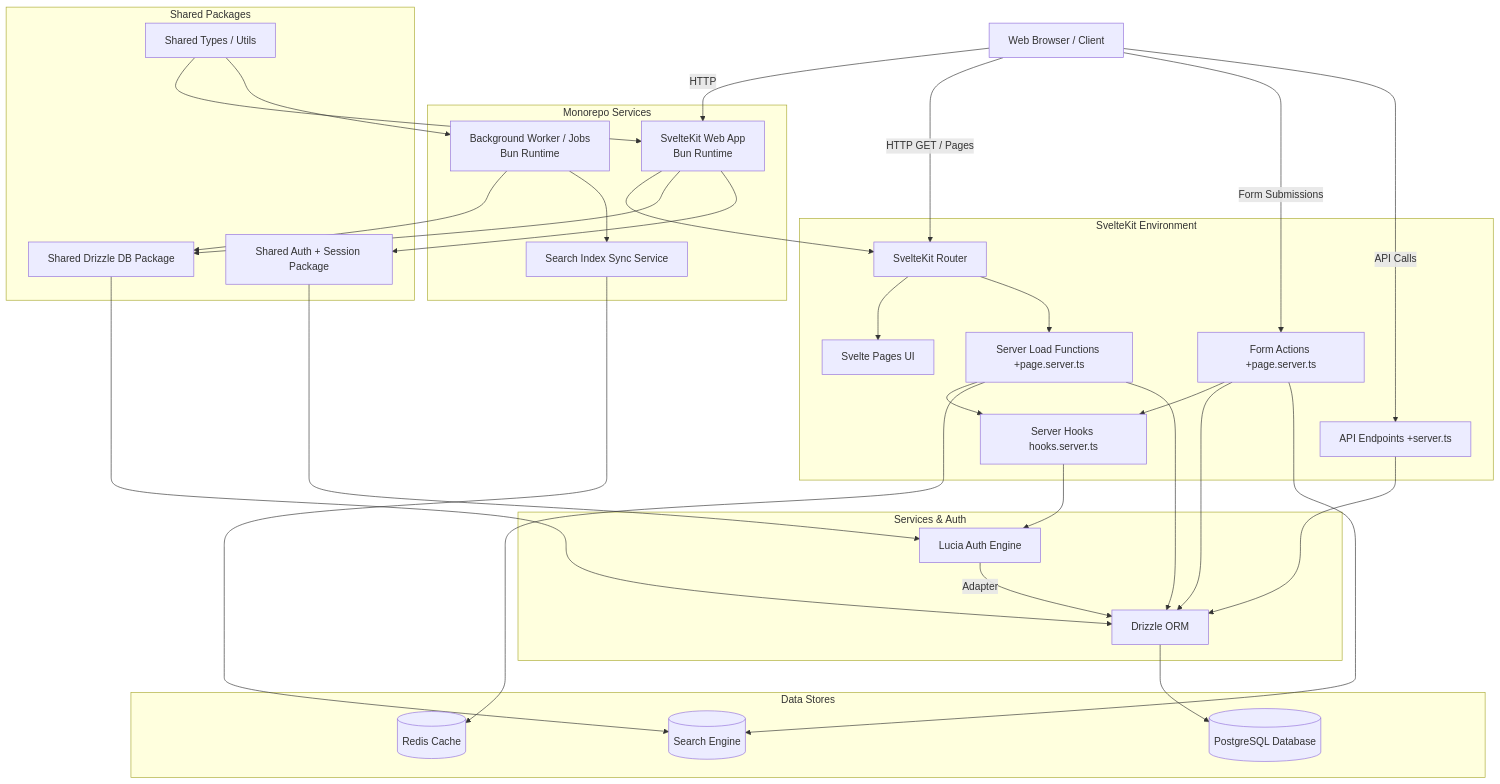
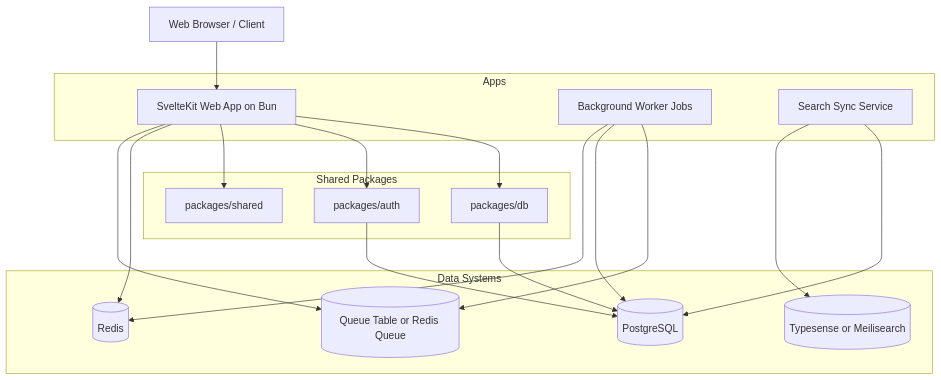
The diagram in architecture_plan.md (dlin2028/tech-deels), drawn with Mermaid before and after one commit. The commit also changed other lines of this file and 23 other files, not shown here.

````diff
--- a/architecture_plan.md
+++ b/architecture_plan.md
@@ -9,71 +15,37 @@
 ```mermaid
 graph TD
     Client[Web Browser / Client]
 
-  subgraph Monorepo Services
-    Web[SvelteKit Web App\nBun Runtime]
-    Worker[Background Worker / Jobs\nBun Runtime]
-    SearchSync[Search Index Sync Service]
-  end
-
-  subgraph Shared Packages
-    SharedDB[Shared Drizzle DB Package]
-    SharedAuth[Shared Auth + Session Package]
-    SharedTypes[Shared Types / Utils]
-  end
-
-  subgraph SvelteKit Environment
-        Router[SvelteKit Router]
-        Pages[Svelte Pages UI]
-        ServerLoad[Server Load Functions +page.server.ts]
-        ServerActions[Form Actions +page.server.ts]
-        APIEndpoints[API Endpoints +server.ts]
-        Hooks[Server Hooks hooks.server.ts]
-    end
-    
-    subgraph Services & Auth
-        LuciaAuth[Lucia Auth Engine]
-        DrizzleORM[Drizzle ORM]
+    subgraph Apps
+      Web[SvelteKit Web App on Bun]
+      Worker[Background Worker Jobs]
+      SearchSync[Search Sync Service]
     end
 
-    subgraph Data Stores
-        PgDB[(PostgreSQL Database)]
-      RedisCache[(Redis Cache)]
-      SearchExternal[(Search Engine)]
+    subgraph Shared Packages
+      DBPkg[packages/db]
+      AuthPkg[packages/auth]
+      SharedPkg[packages/shared]
     end
 
-    Client -->|HTTP| Web
-    Web --> Router
-    Web --> SharedDB
-    Web --> SharedAuth
-    Worker --> SharedDB
-    Worker --> SearchSync
-    SearchSync --> SearchExternal
+    subgraph Data Systems
+      PG[(PostgreSQL)]
+      Redis[(Redis)]
+      Search[(Typesense or Meilisearch)]
+      Queue[(Queue Table or Redis Queue)]
+    end
 
-    Client -->|HTTP GET / Pages| Router
-    Client -->|Form Submissions| ServerActions
-    Client -->|API Calls| APIEndpoints
-    
-    Router --> Pages
-    Router --> ServerLoad
-
-    Hooks --> LuciaAuth
-    ServerLoad --> Hooks
-    ServerActions --> Hooks
-
-    ServerLoad --> RedisCache
-    ServerLoad --> DrizzleORM
-
-    ServerActions --> DrizzleORM
-    ServerActions --> SearchExternal
-
-    APIEndpoints --> DrizzleORM
-
-    SharedDB --> DrizzleORM
-    SharedAuth --> LuciaAuth
-    SharedTypes --> Web
-    SharedTypes --> Worker
-
-    LuciaAuth -->|Adapter| DrizzleORM
-    DrizzleORM --> PgDB
+    Client --> Web
+    Web --> DBPkg
+    Web --> AuthPkg
+    Web --> SharedPkg
+    Web --> Redis
+    DBPkg --> PG
+    AuthPkg --> PG
+    Web --> Queue
+    Worker --> Queue
+    Worker --> PG
+    Worker --> Redis
+    SearchSync --> PG
+    SearchSync --> Search
 ```
````
